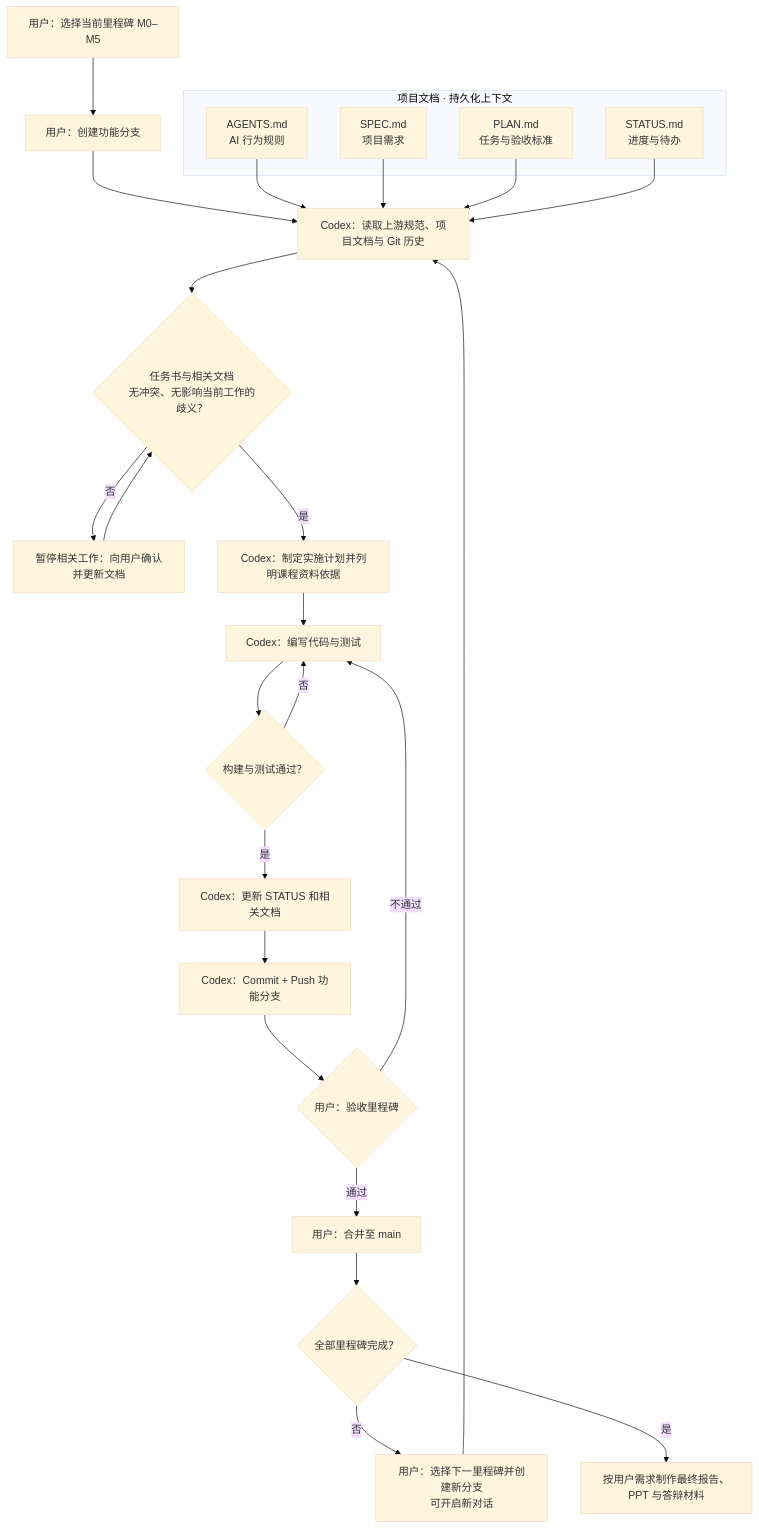
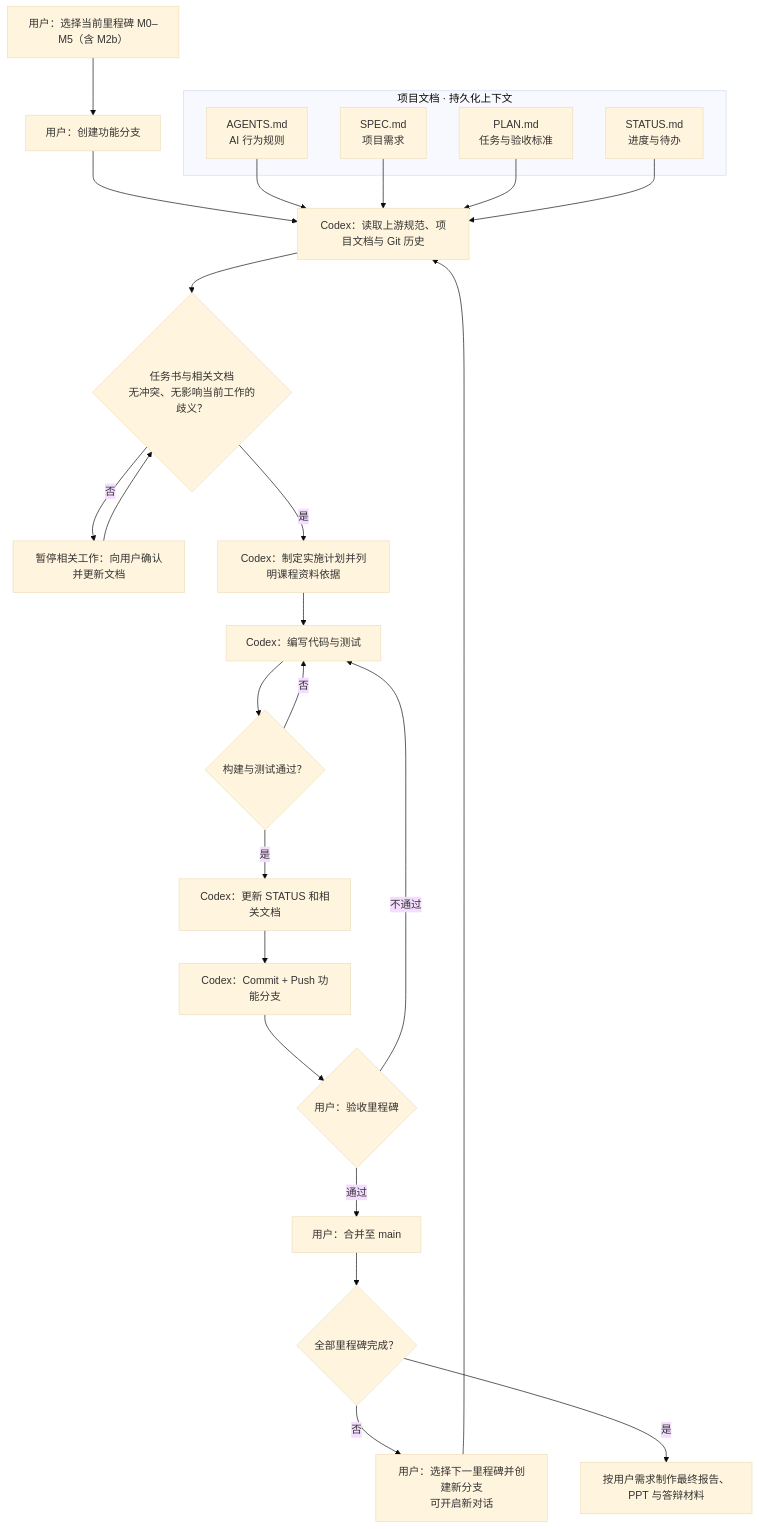
Before and after one commit to JunQianNuo/parallel-heat-solver: the diagram in AGENTS.md, drawn with Mermaid (base theme). The commit also changed other lines of this file and 7 other files, not shown here.

````diff
--- a/AGENTS.md
+++ b/AGENTS.md
@@ -25,34 +25,34 @@
 ```mermaid
 flowchart TD
-U["用户：选择当前里程碑 M0–M5"] --> B["用户：创建功能分支"]
+U["用户：选择当前里程碑 M0–M5（含 M2b）"] --> B["用户：创建功能分支"]
 
 subgraph Context["项目文档 · 持久化上下文"]
 AG["AGENTS.md<br/>AI 行为规则"]
 SP["SPEC.md<br/>项目需求"]
 PL["PLAN.md<br/>任务与验收标准"]
 ST["STATUS.md<br/>进度与待办"]
 end
 
 B --> R["Codex：读取上游规范、项目文档与 Git 历史"]
 AG --> R
 SP --> R
 PL --> R
 ST --> R
 
 R --> Q{"任务书与相关文档<br/>无冲突、无影响当前工作的歧义？"}
 Q -->|否| ASK["暂停相关工作：向用户确认并更新文档"]
 ASK --> Q
 Q -->|是| I["Codex：制定实施计划并列明课程资料依据"]
 I --> W["Codex：编写代码与测试"]
 W --> T{"构建与测试通过？"}
 T -->|否| W
 T -->|是| DOC["Codex：更新 STATUS 和相关文档"]
 DOC --> C["Codex：Commit + Push 功能分支"]
 C --> H{"用户：验收里程碑"}
 H -->|不通过| W
 H -->|通过| G["用户：合并至 main"]
 G --> N{"全部里程碑完成？"}
 N -->|否| NEXT["用户：选择下一里程碑并创建新分支<br/>可开启新对话"]
 NEXT --> R
 N -->|是| END["按用户需求制作最终报告、PPT 与答辩材料"]
 ```
````
